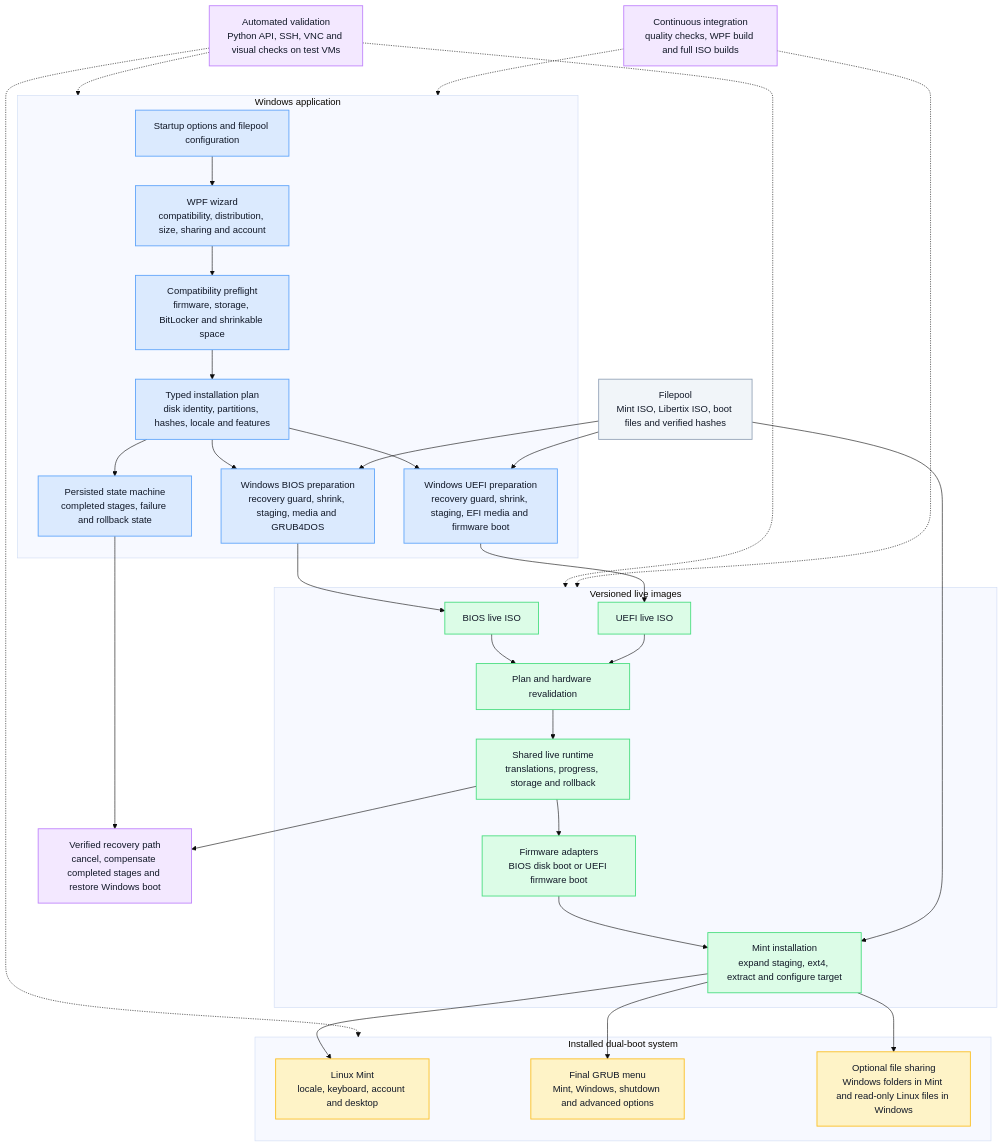
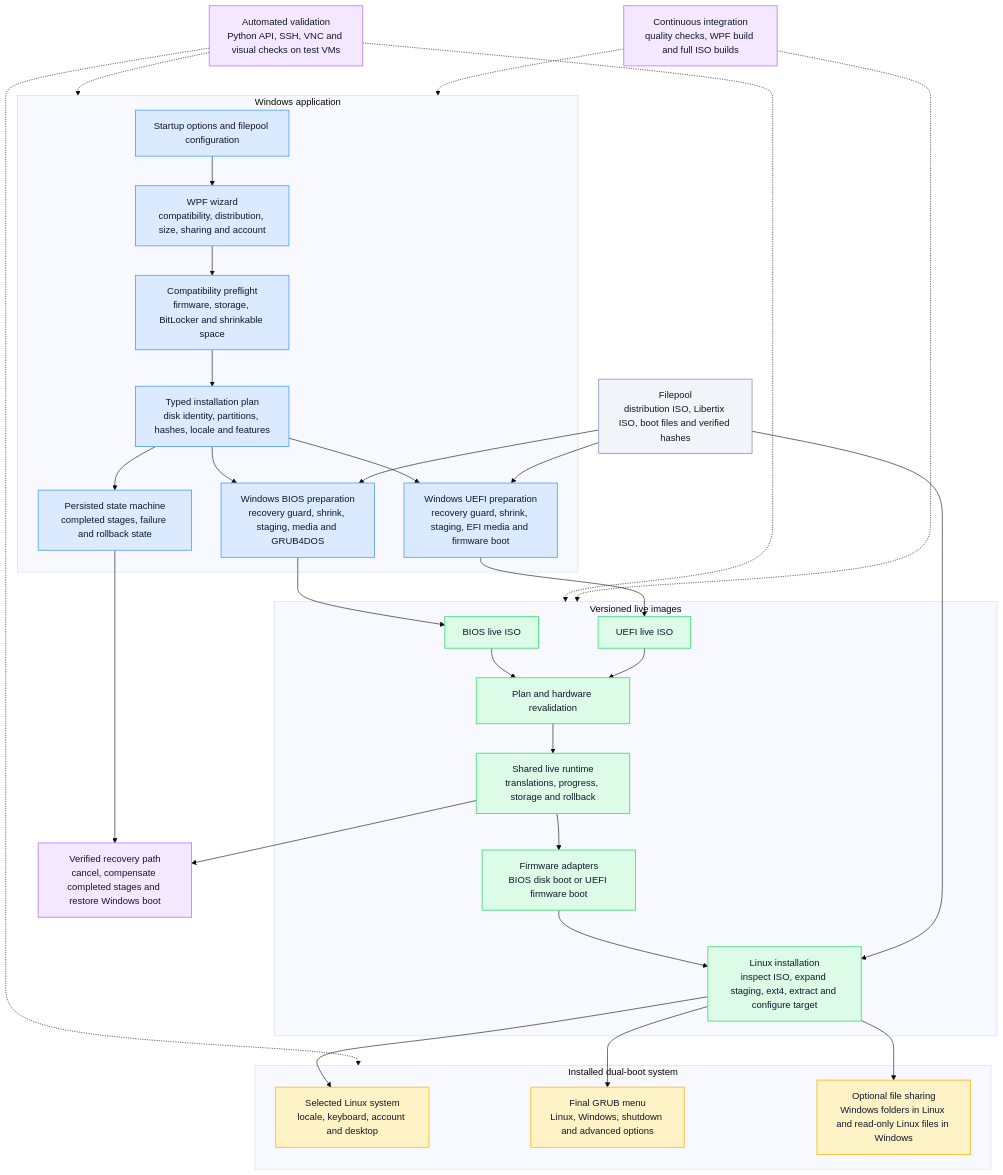
Before and after one commit to ekimiateam/libertix: the diagram in README.md, drawn with Mermaid (base theme). The commit also changed other lines of this file and 172 other files, not shown here.

````diff
--- a/README.md
+++ b/README.md
@@ -21,75 +22,75 @@
 ```mermaid
 flowchart TB
     subgraph Windows["Windows application"]
         Startup["Startup options and filepool configuration"]
         Wizard["WPF wizard<br/>compatibility, distribution, size, sharing and account"]
         Preflight["Compatibility preflight<br/>firmware, storage, BitLocker and shrinkable space"]
         Plan["Typed installation plan<br/>disk identity, partitions, hashes, locale and features"]
         State["Persisted state machine<br/>completed stages, failure and rollback state"]
         BiosPrep["Windows BIOS preparation<br/>recovery guard, shrink, staging, media and GRUB4DOS"]
         UefiPrep["Windows UEFI preparation<br/>recovery guard, shrink, staging, EFI media and firmware boot"]
     end
 
-    Filepool["Filepool<br/>Mint ISO, Libertix ISO, boot files and verified hashes"]
+    Filepool["Filepool<br/>distribution ISO, Libertix ISO, boot files and verified hashes"]
 
     subgraph Images["Versioned live images"]
         BiosImage["BIOS live ISO"]
         UefiImage["UEFI live ISO"]
         LivePlan["Plan and hardware revalidation"]
         SharedRuntime["Shared live runtime<br/>translations, progress, storage and rollback"]
         FirmwareAdapters["Firmware adapters<br/>BIOS disk boot or UEFI firmware boot"]
-        Installer["Mint installation<br/>expand staging, ext4, extract and configure target"]
+        Installer["Linux installation<br/>inspect ISO, expand staging, ext4, extract and configure target"]
     end
 
     subgraph Installed["Installed dual-boot system"]
-        Mint["Linux Mint<br/>locale, keyboard, account and desktop"]
-        Grub["Final GRUB menu<br/>Mint, Windows, shutdown and advanced options"]
-        Sharing["Optional file sharing<br/>Windows folders in Mint and read-only Linux files in Windows"]
+        Linux["Selected Linux system<br/>locale, keyboard, account and desktop"]
+        Grub["Final GRUB menu<br/>Linux, Windows, shutdown and advanced options"]
+        Sharing["Optional file sharing<br/>Windows folders in Linux and read-only Linux files in Windows"]
     end
 
     Recovery["Verified recovery path<br/>cancel, compensate completed stages and restore Windows boot"]
     Tests["Automated validation<br/>Python API, SSH, VNC and visual checks on test VMs"]
     CI["Continuous integration<br/>quality checks, WPF build and full ISO builds"]
 
     Startup --> Wizard
     Wizard --> Preflight
     Preflight --> Plan
     Plan --> State
     Plan --> BiosPrep
     Plan --> UefiPrep
     Filepool --> BiosPrep
     Filepool --> UefiPrep
 
     BiosPrep --> BiosImage
     UefiPrep --> UefiImage
     BiosImage --> LivePlan
     UefiImage --> LivePlan
     LivePlan --> SharedRuntime
     SharedRuntime --> FirmwareAdapters
     FirmwareAdapters --> Installer
     Filepool --> Installer
 
-    Installer --> Mint
+    Installer --> Linux
     Installer --> Grub
     Installer --> Sharing
     State --> Recovery
     SharedRuntime --> Recovery
 
     Tests -.-> Windows
     Tests -.-> Images
     Tests -.-> Installed
     CI -.-> Windows
     CI -.-> Images
 
     classDef windows fill:#dbeafe,stroke:#60a5fa,color:#111827,stroke-width:1.5px
     classDef live fill:#dcfce7,stroke:#4ade80,color:#111827,stroke-width:1.5px
     classDef target fill:#fef3c7,stroke:#fbbf24,color:#111827,stroke-width:1.5px
     classDef support fill:#f3e8ff,stroke:#c084fc,color:#111827,stroke-width:1.5px
     classDef external fill:#f1f5f9,stroke:#94a3b8,color:#111827,stroke-width:1.5px
 
     class Startup,Wizard,Preflight,Plan,State,BiosPrep,UefiPrep windows
     class BiosImage,UefiImage,LivePlan,SharedRuntime,FirmwareAdapters,Installer live
-    class Mint,Grub,Sharing target
+    class Linux,Grub,Sharing target
     class Recovery,Tests,CI support
     class Filepool external
 ```
````
